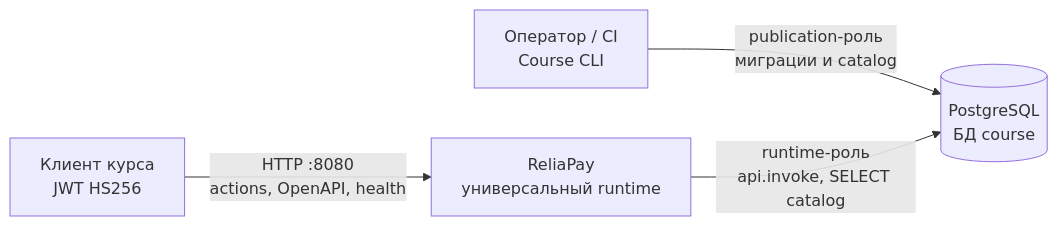
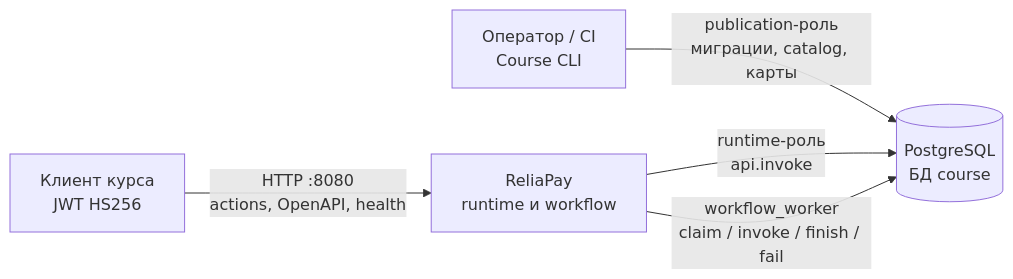
Before and after one commit to simbarilion/ReliaPay: the first of 2 diagrams in docs/c4-containers.md, drawn with Mermaid. The commit also changed other lines of this file and 6 other files, not shown here.

Commit message:
Документированы workflow-карты, два worker и lease: README, C4 и ADR-0003 без смены HTTP-входа localhost:8080.

````diff
--- a/docs/c4-containers.md
+++ b/docs/c4-containers.md
@@ -9,11 +9,12 @@
 ```mermaid
 flowchart LR
   client["Клиент курса<br/>JWT HS256"]
   operator["Оператор / CI<br/>Course CLI"]
-  system["ReliaPay<br/>универсальный runtime"]
+  system["ReliaPay<br/>runtime и workflow"]
   db[("PostgreSQL<br/>БД course")]
 
   client -->|"HTTP :8080<br/>actions, OpenAPI, health"| system
-  operator -->|"publication-роль<br/>миграции и catalog"| db
-  system -->|"runtime-роль<br/>api.invoke, SELECT catalog"| db
+  operator -->|"publication-роль<br/>миграции, catalog, карты"| db
+  system -->|"runtime-роль<br/>api.invoke"| db
+  system -->|"workflow_worker<br/>claim / invoke / finish / fail"| db
 ```
````
